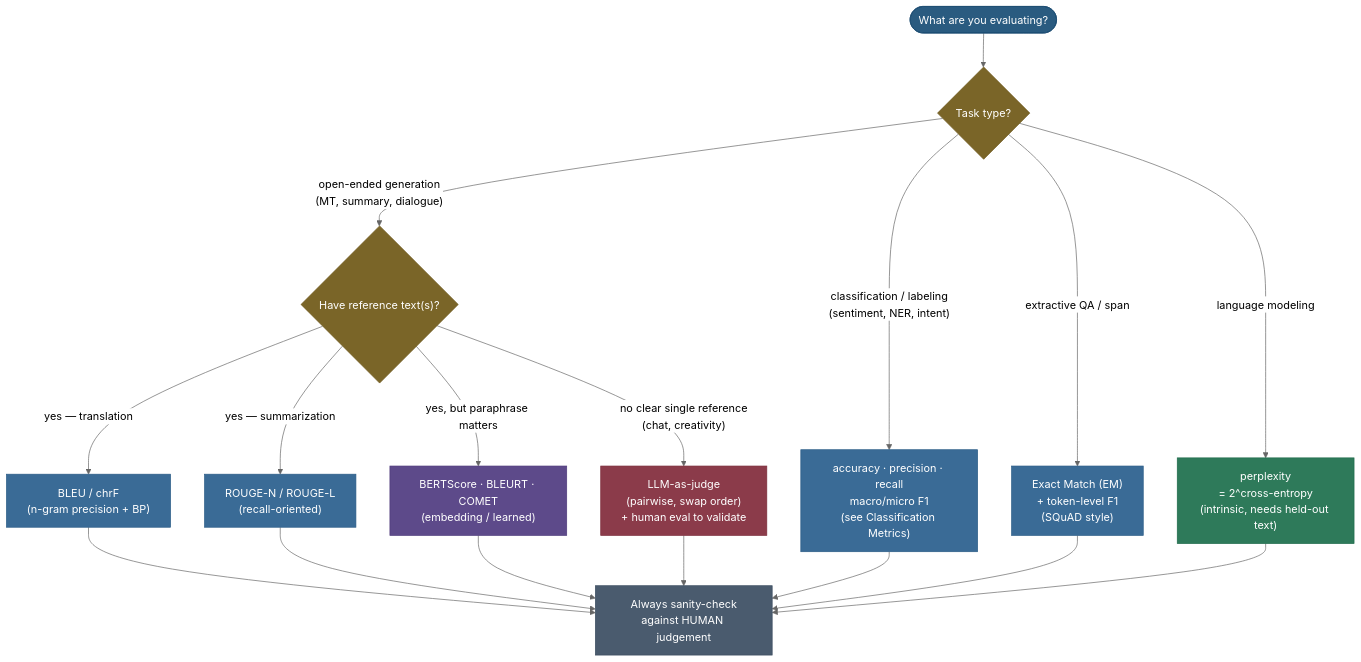
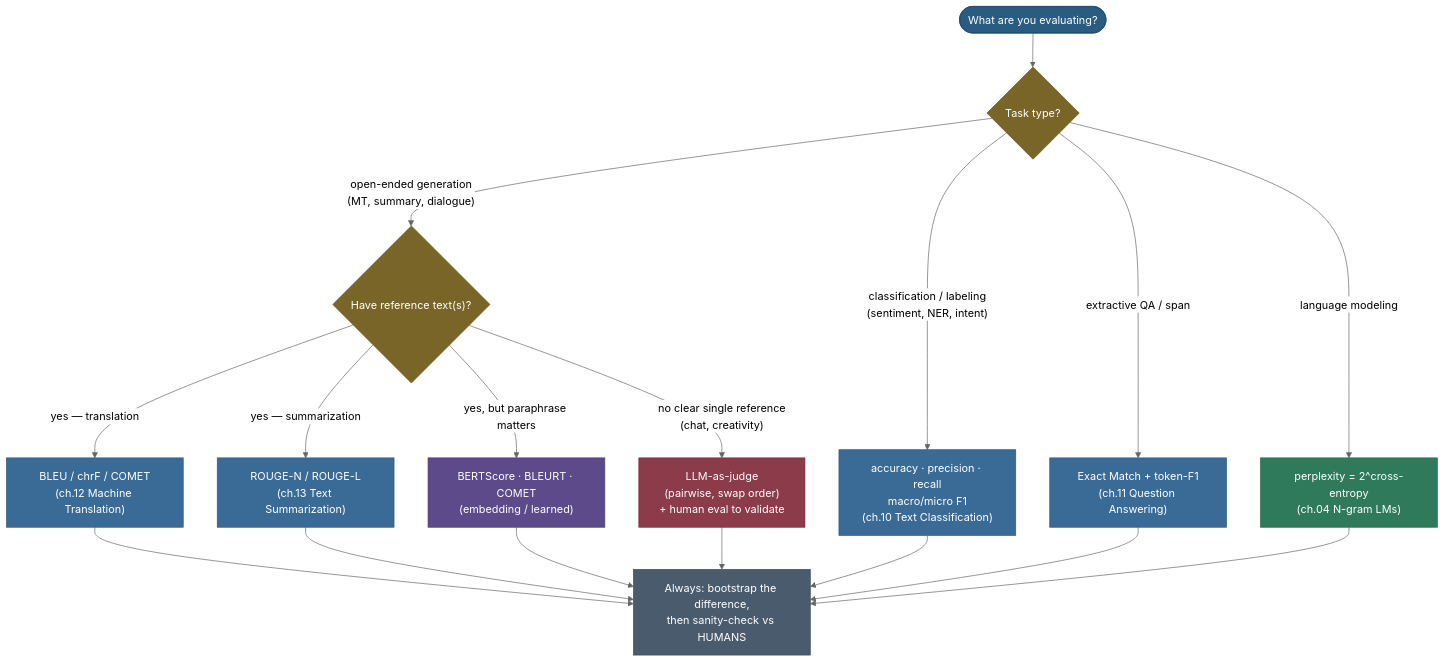
The second of 2 diagrams in 06. NLP/18-NLP-Evaluation-Metrics/18-NLP-Evaluation-Metrics.md (sudhir13s/AI-ML-learning-resources), drawn with Mermaid (neutral theme) before and after one commit. The commit also changed other lines of this file and 12 other files, not shown here.

````diff
--- a/06. NLP/18-NLP-Evaluation-Metrics/18-NLP-Evaluation-Metrics.md
+++ b/06. NLP/18-NLP-Evaluation-Metrics/18-NLP-Evaluation-Metrics.md
@@ -372,31 +411,31 @@
 ```mermaid
 graph TD
     Q0(["What are you evaluating?"]):::start
     Q0 --> T1{"Task type?"}:::decide
 
-    T1 -->|"classification / labeling<br/>(sentiment, NER, intent)"| C1["accuracy · precision · recall<br/>macro/micro F1<br/>(see Classification Metrics)"]:::overlap
-    T1 -->|"extractive QA / span"| C2["Exact Match (EM)<br/>+ token-level F1<br/>(SQuAD style)"]:::overlap
-    T1 -->|"language modeling"| C3["perplexity<br/>= 2^cross-entropy<br/>(intrinsic, needs held-out text)"]:::model
+    T1 -->|"classification / labeling<br/>(sentiment, NER, intent)"| C1["accuracy · precision · recall<br/>macro/micro F1<br/>(ch.10 Text Classification)"]:::overlap
+    T1 -->|"extractive QA / span"| C2["Exact Match + token-F1<br/>(ch.11 Question Answering)"]:::overlap
+    T1 -->|"language modeling"| C3["perplexity = 2^cross-entropy<br/>(ch.04 N-gram LMs)"]:::model
     T1 -->|"open-ended generation<br/>(MT, summary, dialogue)"| G1{"Have reference text(s)?"}:::decide
 
-    G1 -->|"yes — translation"| O1["BLEU / chrF<br/>(n-gram precision + BP)"]:::overlap
-    G1 -->|"yes — summarization"| O2["ROUGE-N / ROUGE-L<br/>(recall-oriented)"]:::overlap
+    G1 -->|"yes — translation"| O1["BLEU / chrF / COMET<br/>(ch.12 Machine Translation)"]:::overlap
+    G1 -->|"yes — summarization"| O2["ROUGE-N / ROUGE-L<br/>(ch.13 Text Summarization)"]:::overlap
     G1 -->|"yes, but paraphrase matters"| E1["BERTScore · BLEURT · COMET<br/>(embedding / learned)"]:::embed
     G1 -->|"no clear single reference<br/>(chat, creativity)"| J1["LLM-as-judge<br/>(pairwise, swap order)<br/>+ human eval to validate"]:::judge
 
-    O1 --> V["Always sanity-check<br/>against HUMAN judgement"]:::human
+    O1 --> V["Always: bootstrap the difference,<br/>then sanity-check vs HUMANS"]:::human
     O2 --> V
     E1 --> V
     J1 --> V
     C1 --> V
     C2 --> V
     C3 --> V
 
     classDef start fill:#2A5B80,stroke:#1A4B70,color:#fff
     classDef decide fill:#7A6528,stroke:#6A5518,color:#fff
     classDef overlap fill:#3A6B96,stroke:#2A5B86,color:#fff
     classDef embed fill:#5D4A8A,stroke:#4D3A7A,color:#fff
     classDef model fill:#2E7A5A,stroke:#1E6A4A,color:#fff
     classDef judge fill:#8B3B4A,stroke:#7B2B3A,color:#fff
     classDef human fill:#4A5B6E,stroke:#3A4B5E,color:#fff
 ```
````
